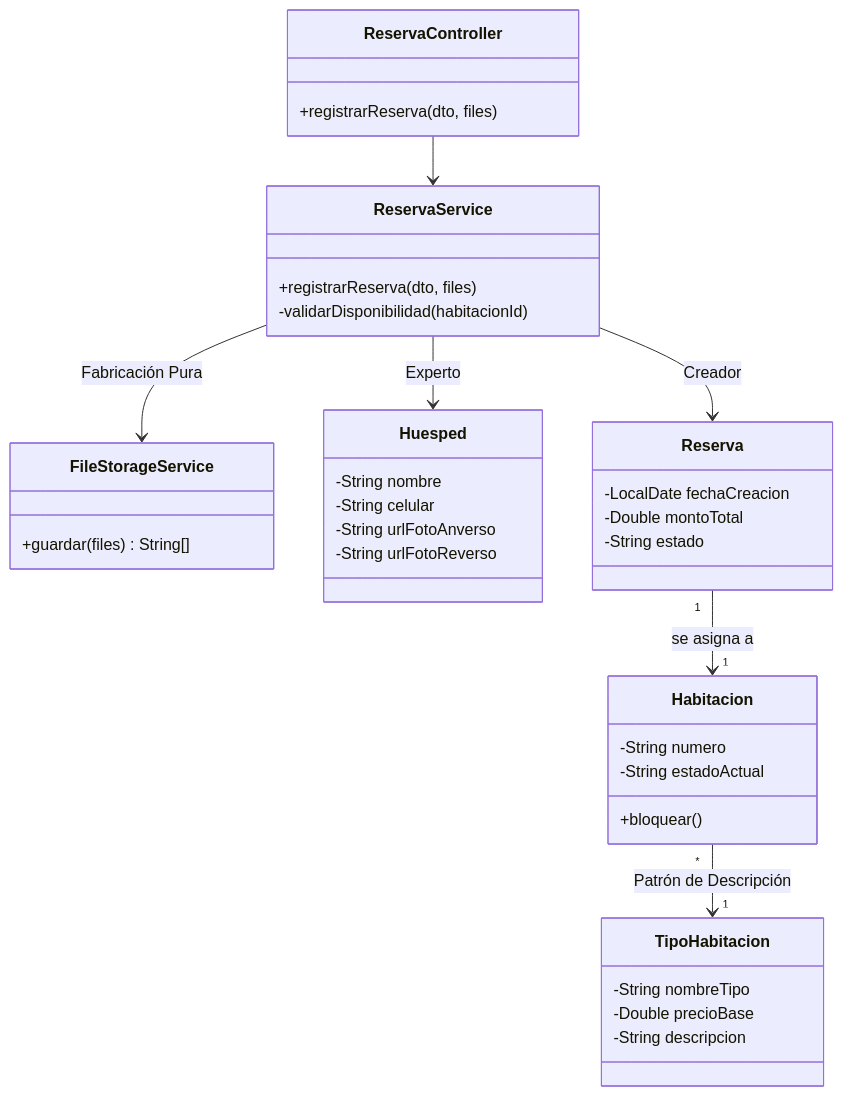
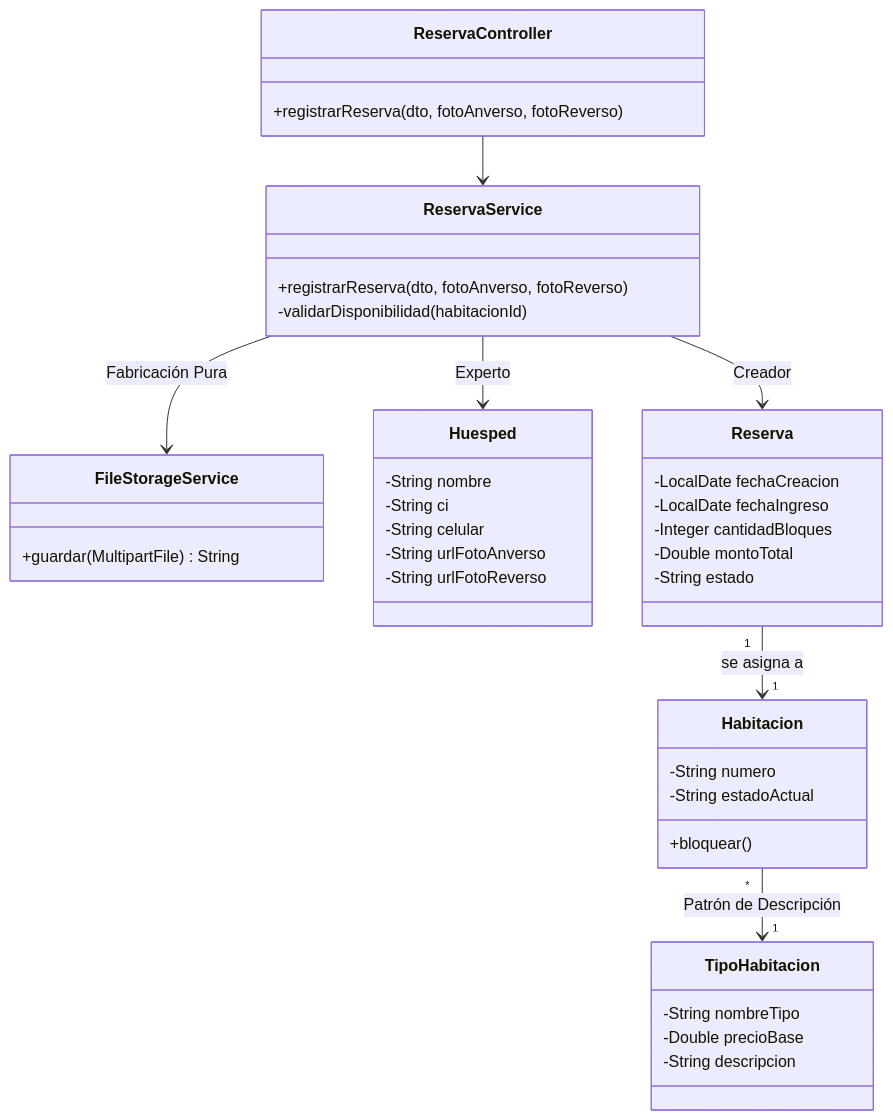
The diagram in 03_Diseño/CU-02-Registrar-Reserva/CU-02_Clases_Diseño.mmd (Tsmrain/GestionSistemas), drawn with Mermaid before and after one commit. The commit also changed 3 other files, not shown here.

Commit message:
docs: update diagrams to reflect actual code implementation

```diff
--- a/03_Diseño/CU-02-Registrar-Reserva/CU-02_Clases_Diseño.mmd
+++ b/03_Diseño/CU-02-Registrar-Reserva/CU-02_Clases_Diseño.mmd
@@ -1,40 +1,43 @@
 classDiagram
     direction TB
     class ReservaController {
-        +registrarReserva(dto, files)
+        +registrarReserva(dto, fotoAnverso, fotoReverso)
     }
     class ReservaService {
-        +registrarReserva(dto, files)
+        +registrarReserva(dto, fotoAnverso, fotoReverso)
         -validarDisponibilidad(habitacionId)
     }
     class FileStorageService {
-        +guardar(files) String[]
+        +guardar(MultipartFile) String
     }
     class Huesped {
         -String nombre
+        -String ci
         -String celular
         -String urlFotoAnverso
         -String urlFotoReverso
     }
     class Reserva {
         -LocalDate fechaCreacion
+        -LocalDate fechaIngreso
+        -Integer cantidadBloques
         -Double montoTotal
         -String estado
     }
     class Habitacion {
         -String numero
         -String estadoActual
         +bloquear()
     }
     class TipoHabitacion {
         -String nombreTipo
         -Double precioBase
         -String descripcion
     }
 
     ReservaController --> ReservaService
     ReservaService --> FileStorageService : Fabricación Pura
     ReservaService --> Huesped : Experto
     ReservaService --> Reserva : Creador
     Reserva "1" --> "1" Habitacion : se asigna a
     Habitacion "*" --> "1" TipoHabitacion : Patrón de Descripción
```
